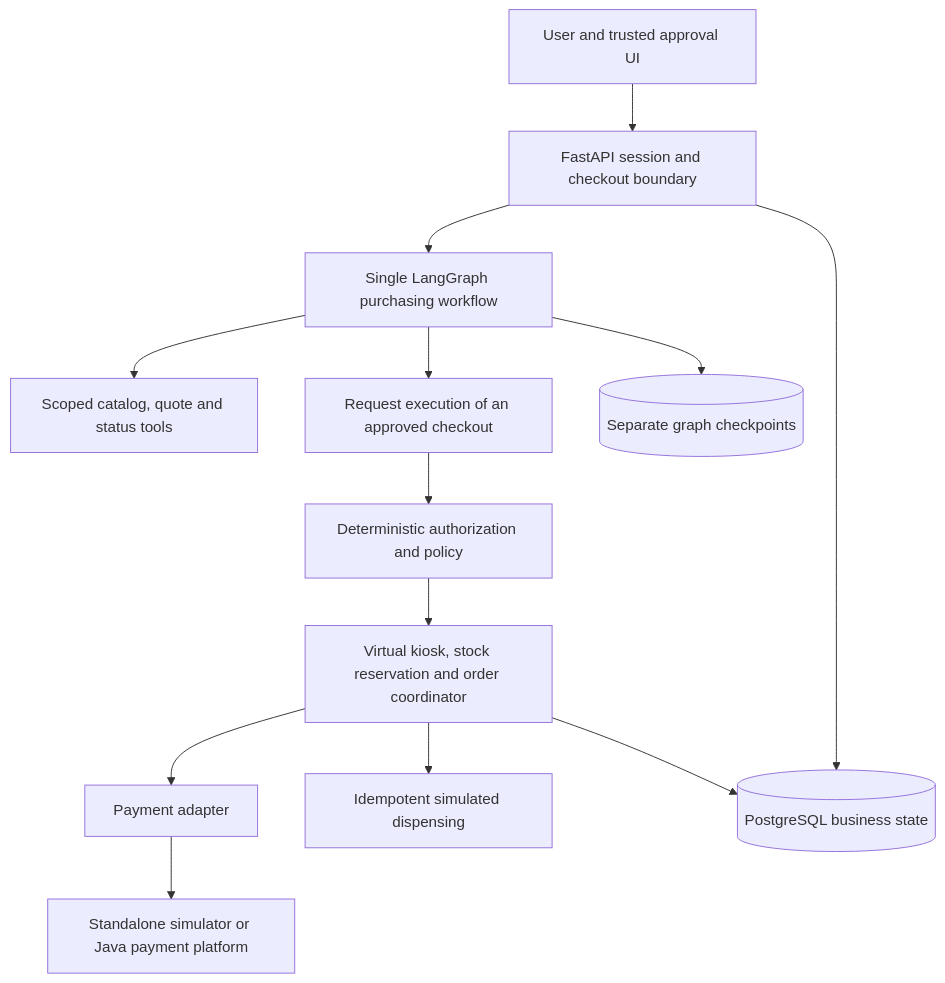
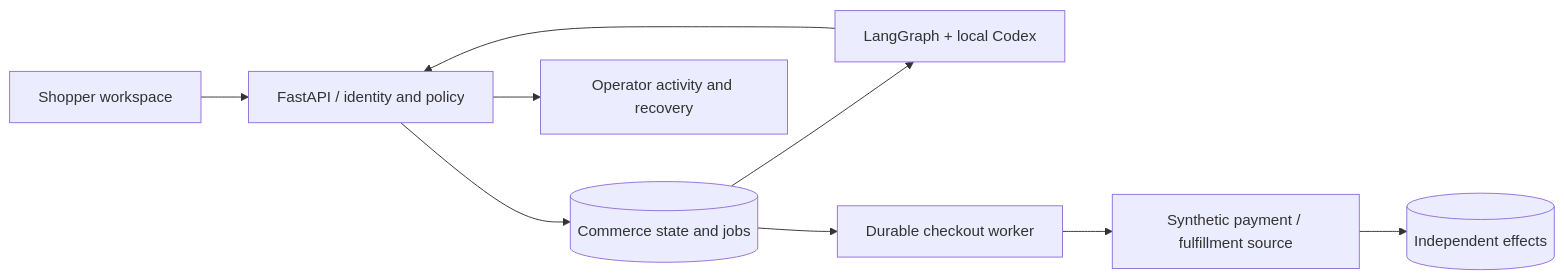
One commit to sontiachyut/agentic-commerce-platform changed the diagram in README.md. Above: the diagram before and after it, drawn with Mermaid. The commit also changed other lines of this file and 79 other files, not shown here.

Commit message:
Build standalone permissioned commerce with durable checkout and local Codex

````diff
--- a/README.md
+++ b/README.md
@@ -26,15 +47,11 @@
 ```mermaid
-flowchart TB
-    User[User and trusted approval UI] --> API[FastAPI session and checkout boundary]
-    API --> Agent[Single LangGraph purchasing workflow]
-    Agent --> Read[Scoped catalog, quote and status tools]
-    Agent --> Execute[Request execution of an approved checkout]
-    Execute --> Policy[Deterministic authorization and policy]
-    Policy --> Commerce[Virtual kiosk, stock reservation and order coordinator]
-    Commerce --> Payment[Payment adapter]
-    Payment --> Provider[Standalone simulator or Java payment platform]
-    Commerce --> Dispense[Idempotent simulated dispensing]
-    API --> DB[(PostgreSQL business state)]
-    Commerce --> DB
-    Agent --> Checkpoint[(Separate graph checkpoints)]
+flowchart LR
+    UI[Shopper workspace] --> API[FastAPI / identity and policy]
+    API --> DB[(Commerce state and jobs)]
+    DB --> Agent[LangGraph + local Codex]
+    Agent --> API
+    DB --> Worker[Durable checkout worker]
+    Worker --> Source[Synthetic payment / fulfillment source]
+    Source --> SourceDB[(Independent effects)]
+    API --> Review[Operator activity and recovery]
 ```
````
